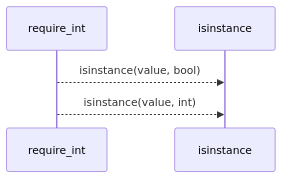
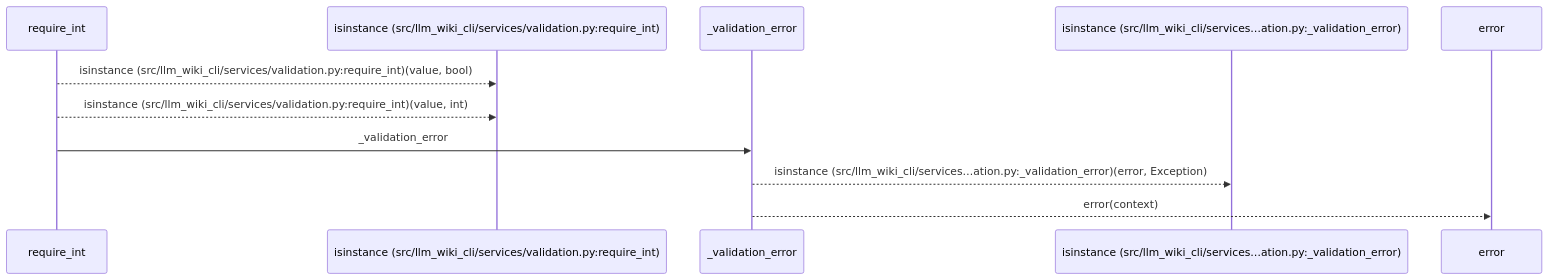
One commit to Denissvgn/python-wiki-llm changed the first of 2 diagrams in docs/llm_wiki/flows/api-require_int.md. Above: the diagram before and after it, drawn with Mermaid. The commit also changed other lines of this file and 627 other files, not shown here.

````diff
--- a/docs/llm_wiki/flows/api-require_int.md
+++ b/docs/llm_wiki/flows/api-require_int.md
@@ -12,7 +12,13 @@
 ```mermaid
 sequenceDiagram
     participant p0 as require_int
-    participant p1 as isinstance
-    p0-->>p1: isinstance(value, bool)
-    p0-->>p1: isinstance(value, int)
+    participant p1 as isinstance (src/llm_wiki_cli/services/validation.py:require_int)
+    participant p2 as _validation_error
+    participant p3 as isinstance (src/llm_wiki_cli/services…ation.py:_validation_error)
+    participant p4 as error
+    p0-->>p1: isinstance (src/llm_wiki_cli/services/validation.py:require_int)(value, bool)
+    p0-->>p1: isinstance (src/llm_wiki_cli/services/validation.py:require_int)(value, int)
+    p0->>p2: _validation_error
+    p2-->>p3: isinstance (src/llm_wiki_cli/services…ation.py:_validation_error)(error, Exception)
+    p2-->>p4: error(context)
 ```
````
